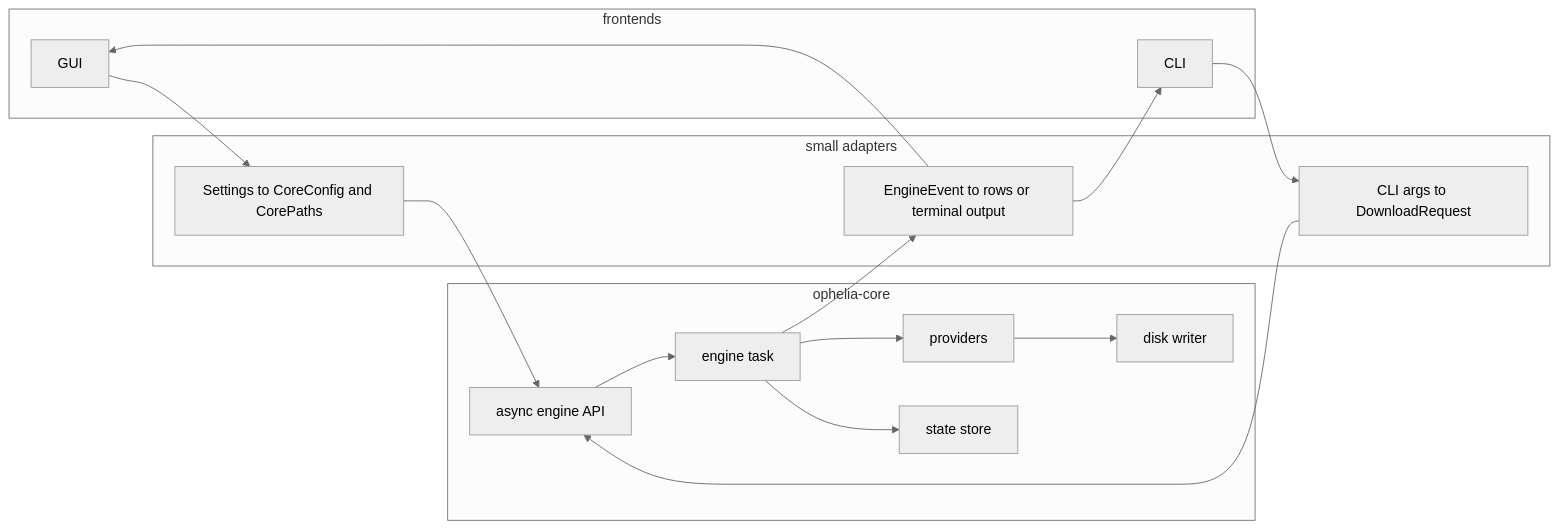
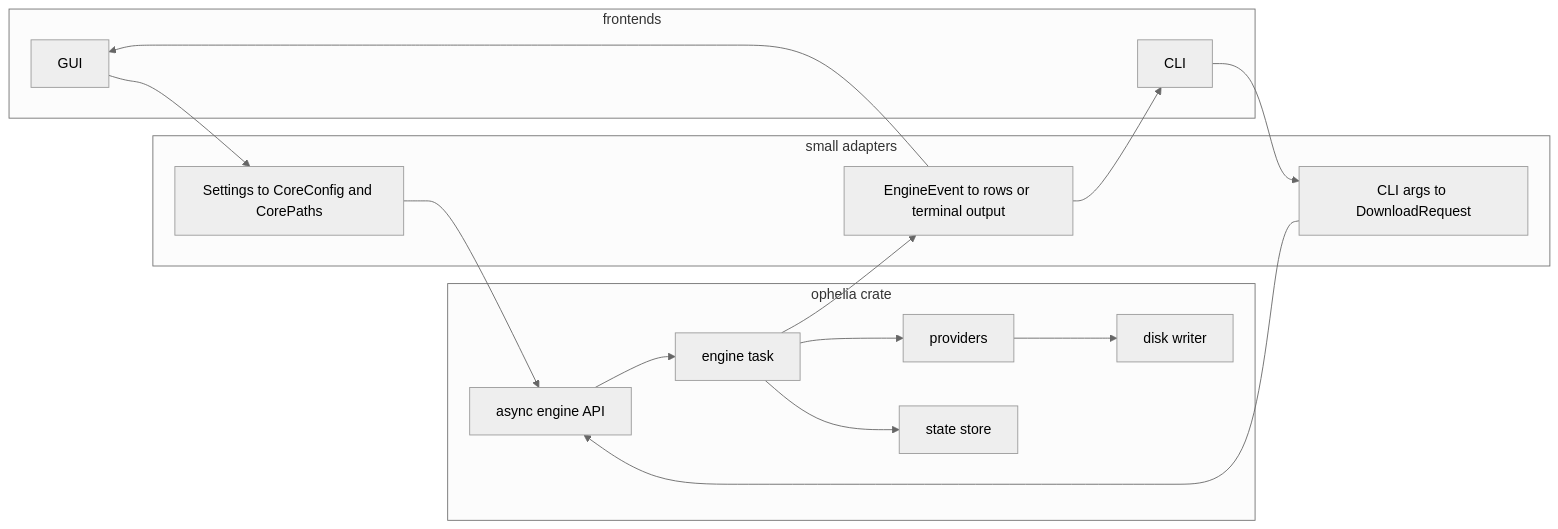
One commit to ophelianz/ophelia changed the fourth of 9 diagrams in docs/core-diagrams.md. Above: the diagram before and after it, drawn with Mermaid (neutral theme). The commit also changed other lines of this file and 106 other files, not shown here.

Commit message:
refactor: extract core crate

````diff
--- a/docs/core-diagrams.md
+++ b/docs/core-diagrams.md
@@ -70,31 +68,31 @@
 ```mermaid
 flowchart LR
   subgraph Frontends["frontends"]
     Gui["GUI"]
     Cli["CLI"]
   end
 
   subgraph Adapter["small adapters"]
     SettingsToCore["Settings to CoreConfig and CorePaths"]
     ArgsToRequest["CLI args to DownloadRequest"]
     EventsToRows["EngineEvent to rows or terminal output"]
   end
 
-  subgraph Core["ophelia-core"]
+  subgraph Core["ophelia crate"]
     CoreApi["async engine API"]
     Actor["engine task"]
     Providers["providers"]
     Store["state store"]
     DiskWriter["disk writer"]
   end
 
   Gui --> SettingsToCore --> CoreApi
   Cli --> ArgsToRequest --> CoreApi
   CoreApi --> Actor
   Actor --> Providers
   Actor --> Store
   Providers --> DiskWriter
   Actor --> EventsToRows
   EventsToRows --> Gui
   EventsToRows --> Cli
 ```
````
